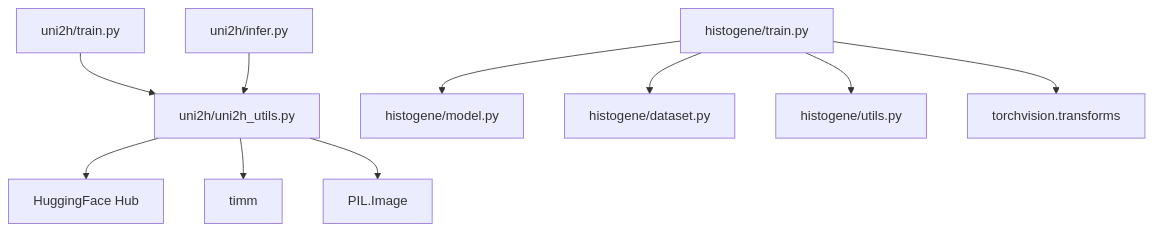
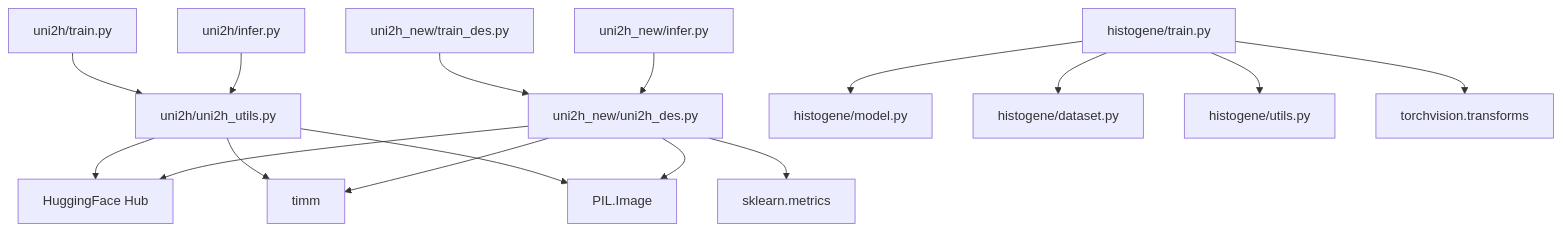
The sixth of 6 diagrams in .qoder/repowiki/zh/content/模型架构系统/UNI2-h+MLP模型架构.md (qzs610038-star/AI-esophagus-cancer-basedon-HF-HT), drawn with Mermaid before and after one commit. The commit also changed other lines of this file and 8 other files, not shown here.

````diff
--- a/.qoder/repowiki/zh/content/模型架构系统/UNI2-h+MLP模型架构.md
+++ b/.qoder/repowiki/zh/content/模型架构系统/UNI2-h+MLP模型架构.md
@@ -266,12 +320,18 @@
 ```mermaid
 graph TB
 UTrain["uni2h/train.py"] --> UUtils["uni2h/uni2h_utils.py"]
 UInfer["uni2h/infer.py"] --> UUtils
 UUtils --> HF["HuggingFace Hub"]
 UUtils --> Timm["timm"]
 UUtils --> PIL["PIL.Image"]
+U2Train["uni2h_new/train_des.py"] --> U2Utils["uni2h_new/uni2h_des.py"]
+U2Infer["uni2h_new/infer.py"] --> U2Utils
+U2Utils --> HF
+U2Utils --> Timm
+U2Utils --> PIL
+U2Utils --> Sklearn["sklearn.metrics"]
 HTrain["histogene/train.py"] --> HModel["histogene/model.py"]
 HTrain --> HDataset["histogene/dataset.py"]
 HTrain --> HUtils["histogene/utils.py"]
 HTrain --> TV["torchvision.transforms"]
 ```
````
